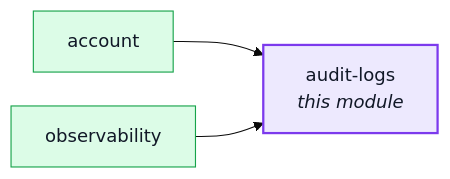
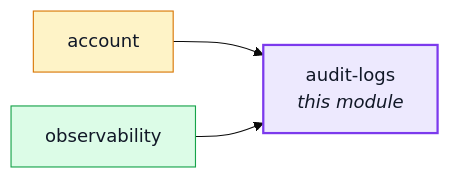
The first of 2 diagrams in docs/modules/audit-logs.md (Guebbit/boilerplate-node-backend), drawn with Mermaid (base theme) before and after one commit. The commit also changed 13 other files, not shown here.

````diff
--- a/docs/modules/audit-logs.md
+++ b/docs/modules/audit-logs.md
@@ -16,17 +16,18 @@
 ```mermaid
 %%{init: {'flowchart': {'nodeSpacing': 30, 'rankSpacing': 60}}}%%
 flowchart LR
     audit_logs["audit-logs<br/><i>this module</i>"]
     account["account"]
     observability["observability"]
 
     account --> audit_logs
     observability --> audit_logs
 
     classDef core fill:#dbeafe,stroke:#2563eb,color:#111827;
     classDef supporting fill:#fef3c7,stroke:#d97706,color:#111827;
     classDef generic fill:#dcfce7,stroke:#16a34a,color:#111827;
     classDef centre fill:#ede9fe,stroke:#7c3aed,stroke-width:2px,color:#111827;
-    class account,observability generic;
+    class account supporting;
+    class observability generic;
     class audit_logs centre;
 ```
````
